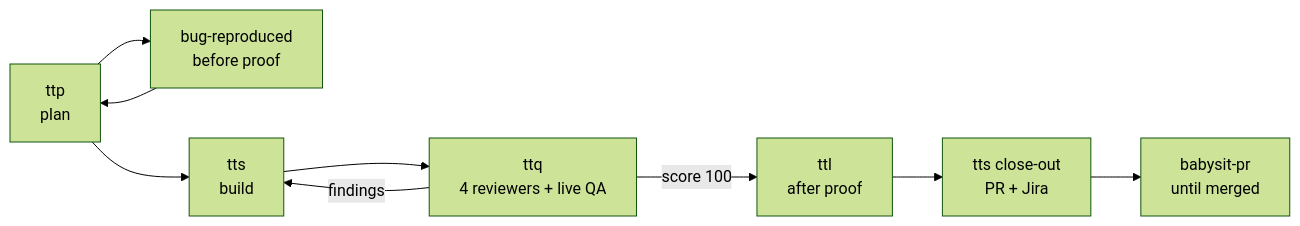
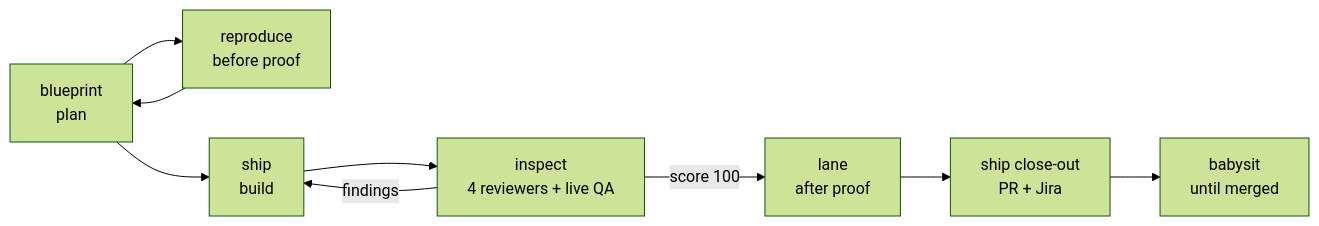
One commit to talibilat/tstack changed the first of 2 diagrams in README.md. Above: the diagram before and after it, drawn with Mermaid (forest theme). The commit also changed other lines of this file and 64 other files, not shown here.

````diff
--- a/README.md
+++ b/README.md
@@ -36,10 +36,10 @@
 ```mermaid
 flowchart LR
-  P[ttp<br>plan] --> R[bug-reproduced<br>before proof] --> P
-  P --> S[tts<br>build]
-  S --> Q[ttq<br>4 reviewers + live QA]
+  P[blueprint<br>plan] --> R[reproduce<br>before proof] --> P
+  P --> S[ship<br>build]
+  S --> Q[inspect<br>4 reviewers + live QA]
   Q -- findings --> S
-  Q -- score 100 --> L[ttl<br>after proof]
-  L --> C[tts close-out<br>PR + Jira]
-  C --> B[babysit-pr<br>until merged]
+  Q -- score 100 --> L[lane<br>after proof]
+  L --> C[ship close-out<br>PR + Jira]
+  C --> B[babysit<br>until merged]
 ```
````
